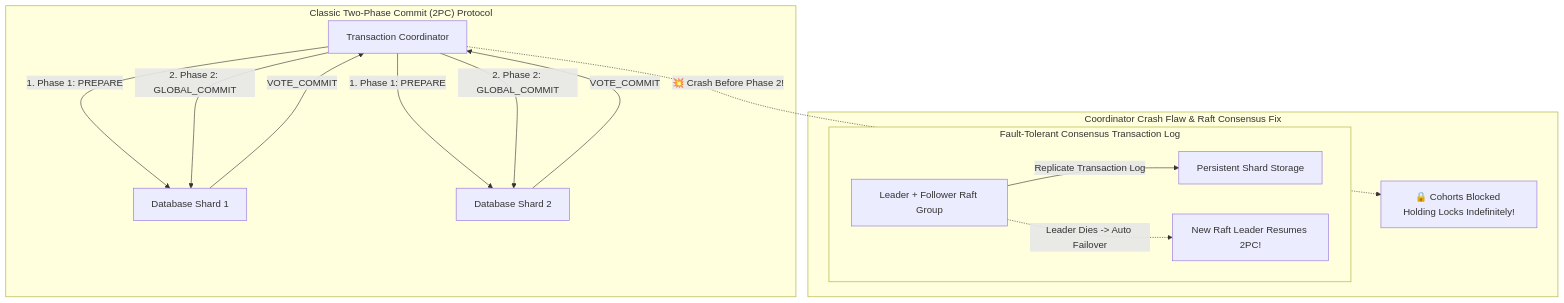
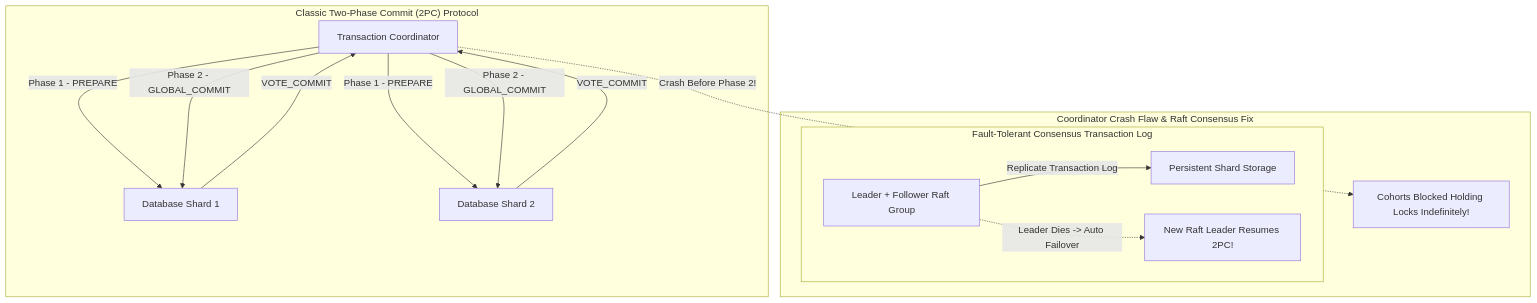
One commit to akmalkhaniub/akmalkhaniub.github.io changed the diagram in blog/posts/two-phase-commit-2pc-vs-3pc-paxos-raft-commit-logs.md. Above: the diagram before and after it, drawn with Mermaid. The commit also changed 411 other files, not shown here.

````diff
--- a/blog/posts/two-phase-commit-2pc-vs-3pc-paxos-raft-commit-logs.md
+++ b/blog/posts/two-phase-commit-2pc-vs-3pc-paxos-raft-commit-logs.md
@@ -23,22 +23,22 @@
 ```mermaid
-graph TD
+flowchart TD
   subgraph SG1_ClassicTwoPhase ["Classic Two-Phase Commit (2PC) Protocol"]
-    Coord[Transaction Coordinator] -->|1. Phase 1: PREPARE| Cohort1[Database Shard 1]
-    Coord -->|1. Phase 1: PREPARE| Cohort2[Database Shard 2]
+    Coord[Transaction Coordinator] -->|Phase 1 - PREPARE| Cohort1[Database Shard 1]
+    Coord -->|Phase 1 - PREPARE| Cohort2[Database Shard 2]
     
     Cohort1 -->|VOTE_COMMIT| Coord
     Cohort2 -->|VOTE_COMMIT| Coord
     
-    Coord -->|2. Phase 2: GLOBAL_COMMIT| Cohort1
-    Coord -->|2. Phase 2: GLOBAL_COMMIT| Cohort2
+    Coord -->|Phase 2 - GLOBAL_COMMIT| Cohort1
+    Coord -->|Phase 2 - GLOBAL_COMMIT| Cohort2
   end
   
   subgraph SG2_CoordinatorCrashFlaw ["Coordinator Crash Flaw & Raft Consensus Fix"]
-    Coord -.->|💥 Crash Before Phase 2!| Blocked["🔒 Cohorts Blocked Holding Locks Indefinitely!"]
+    Coord -.->|Crash Before Phase 2!| Blocked[" Cohorts Blocked Holding Locks Indefinitely!"]
     
     subgraph SG3_FaultTolerantConsensus ["Fault-Tolerant Consensus Transaction Log"]
       RaftGroup["Leader + Follower Raft Group"] -->|Replicate Transaction Log| Storage[Persistent Shard Storage]
       RaftGroup -.->|Leader Dies -> Auto Failover| NewLeader[New Raft Leader Resumes 2PC!]
     end
   end
 ```
````
